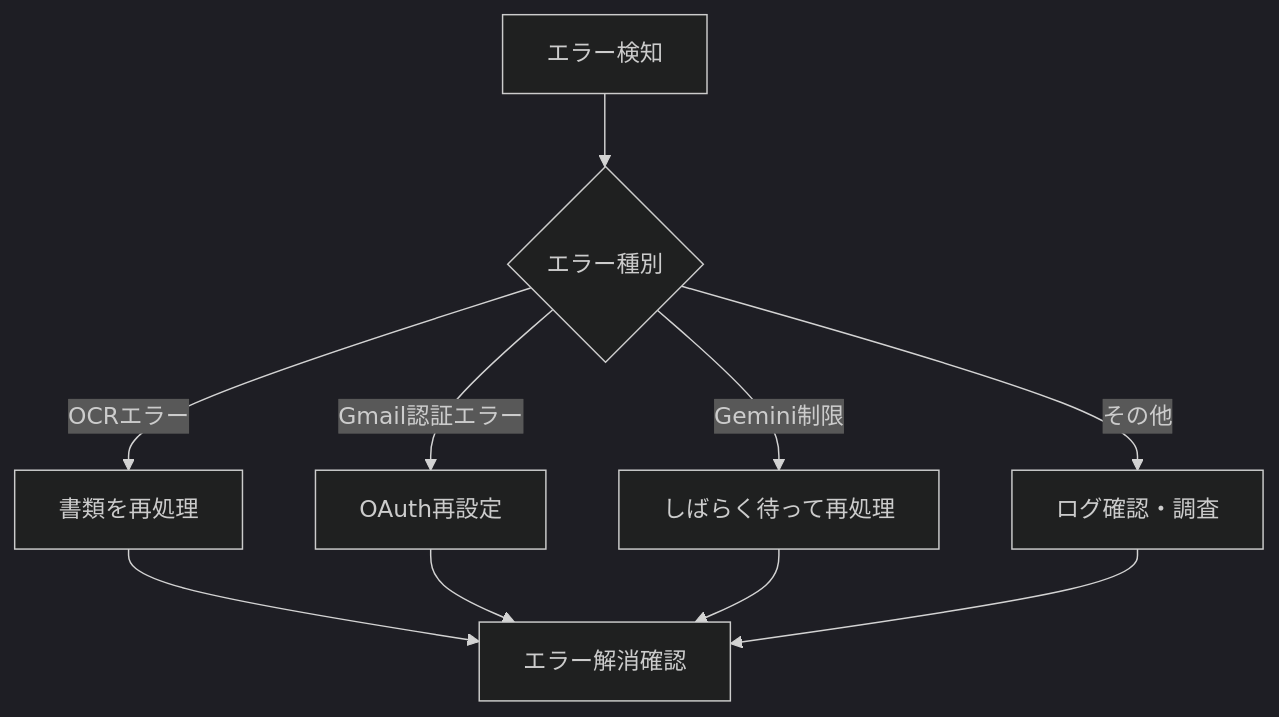
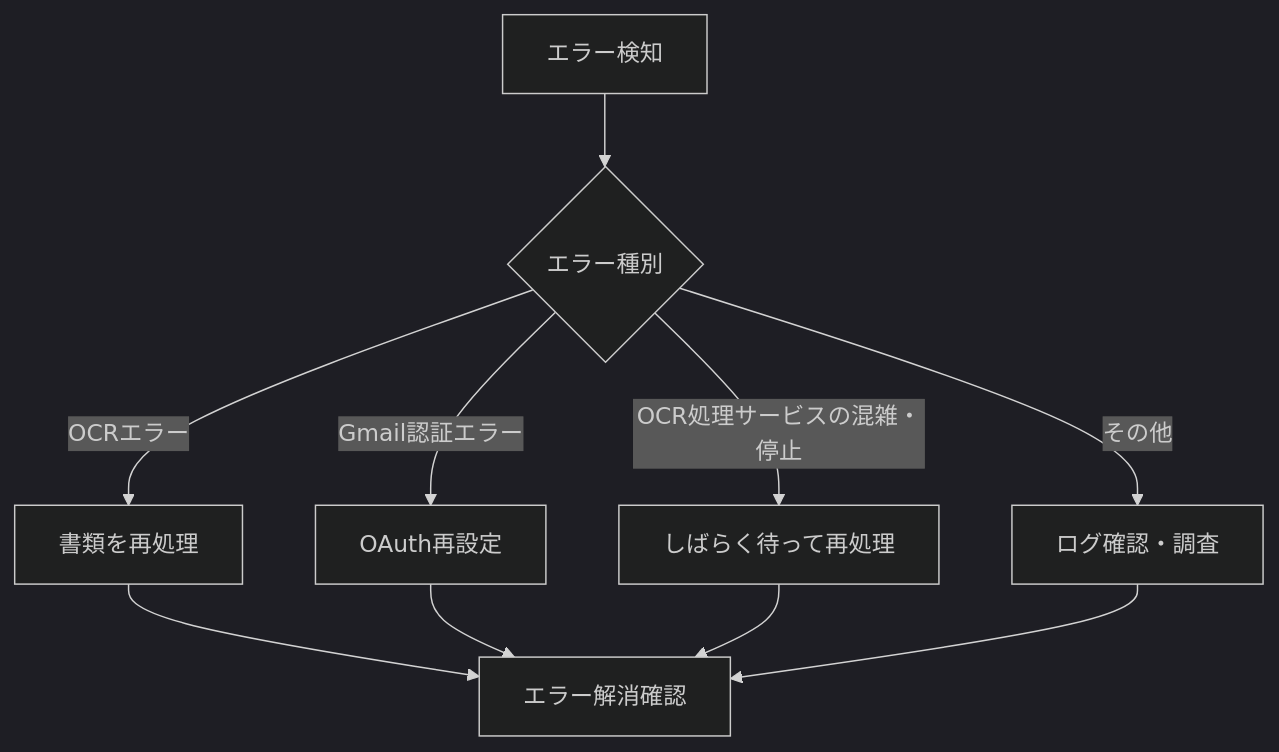
Before and after one commit to yasushi-honda/doc-split: the first of 2 diagrams in docs/operation-guide.md, drawn with Mermaid (dark theme). The commit also changed other lines of this file and 16 other files, not shown here.

````diff
--- a/docs/operation-guide.md
+++ b/docs/operation-guide.md
@@ -17,13 +17,13 @@
 ```mermaid
 flowchart TD
     A["エラー検知"] --> B{"エラー種別"}
     B -->|OCRエラー| C["書類を再処理"]
     B -->|Gmail認証エラー| D["OAuth再設定"]
-    B -->|Gemini制限| E["しばらく待って再処理"]
+    B -->|OCR処理サービスの混雑・停止| E["しばらく待って再処理"]
     B -->|その他| F["ログ確認・調査"]
 
     C --> G["エラー解消確認"]
     D --> G
     E --> G
     F --> G
 ```
````
